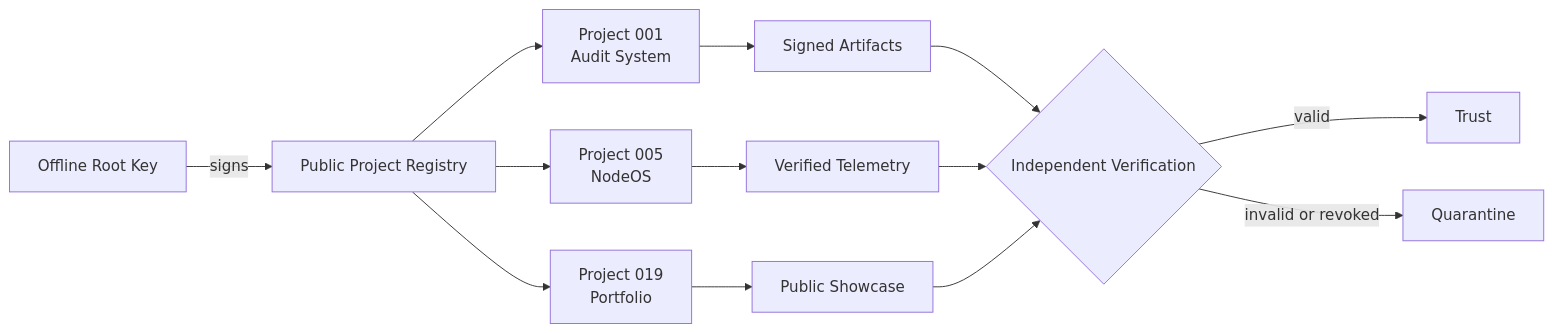
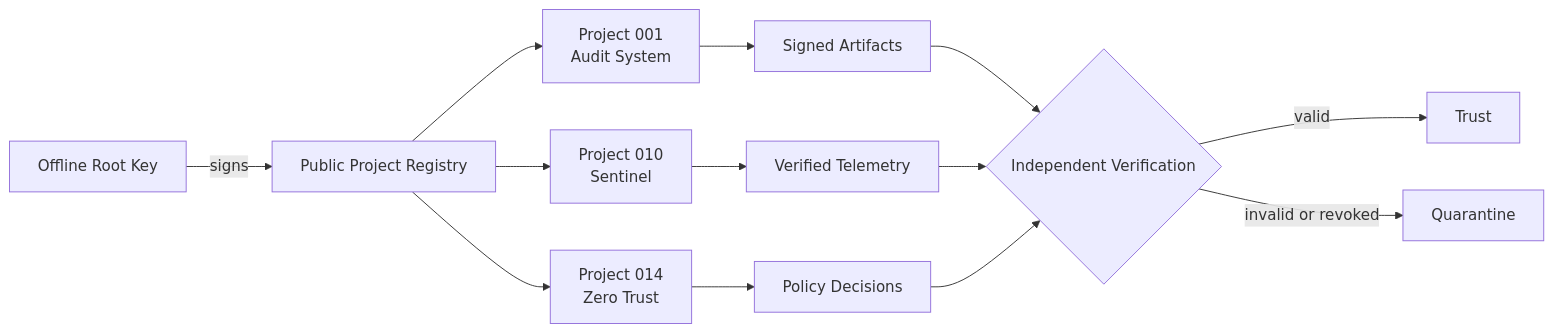
The first of 2 diagrams in profile/README.md (kibernetinio-saugumo-sprendimai/.github), drawn with Mermaid before and after one commit. The commit also changed other lines of this file and 2 other files, not shown here.

````diff
--- a/profile/README.md
+++ b/profile/README.md
@@ -20,18 +21,18 @@
 ```mermaid
 flowchart LR
     A[Offline Root Key] -->|signs| B[Public Project Registry]
     B --> C[Project 001
 Audit System]
-    B --> D[Project 005
-NodeOS]
-    B --> E[Project 019
-Portfolio]
+    B --> D[Project 010
+Sentinel]
+    B --> E[Project 014
+Zero Trust]
     C --> F[Signed Artifacts]
     D --> G[Verified Telemetry]
-    E --> H[Public Showcase]
+    E --> H[Policy Decisions]
     F --> I{Independent Verification}
     G --> I
     H --> I
     I -->|valid| J[Trust]
     I -->|invalid or revoked| K[Quarantine]
 ```
````
